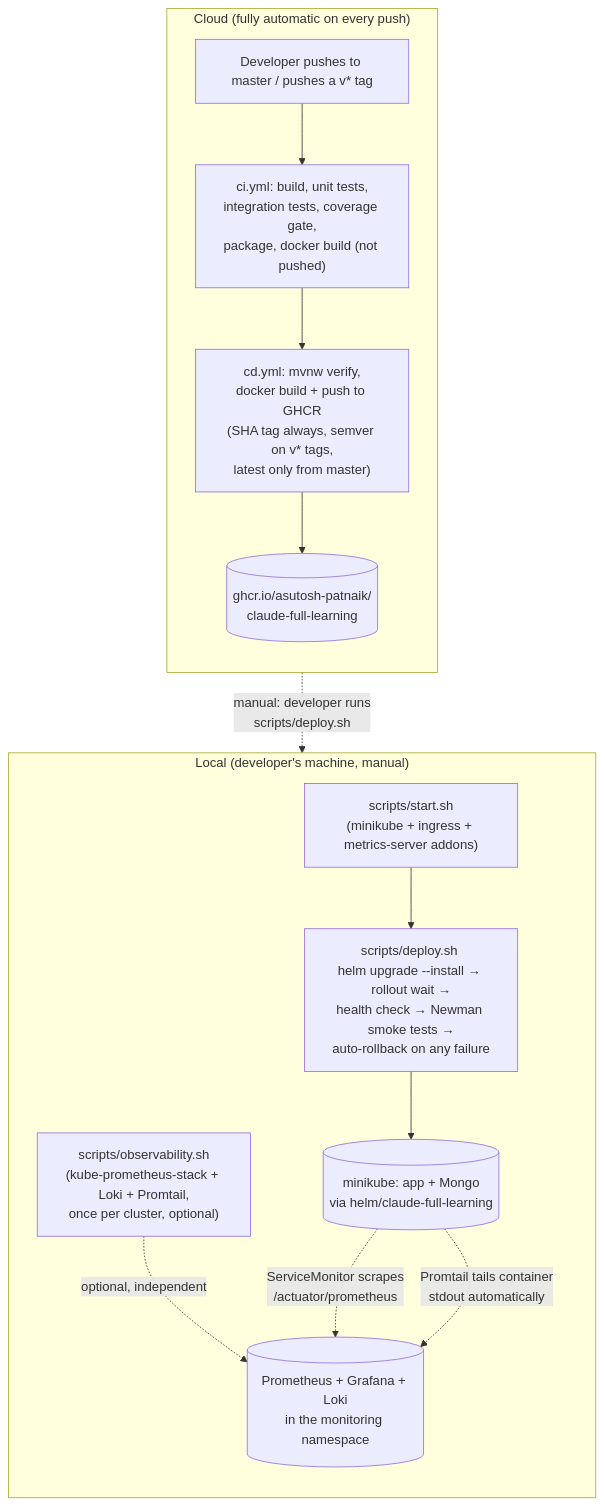
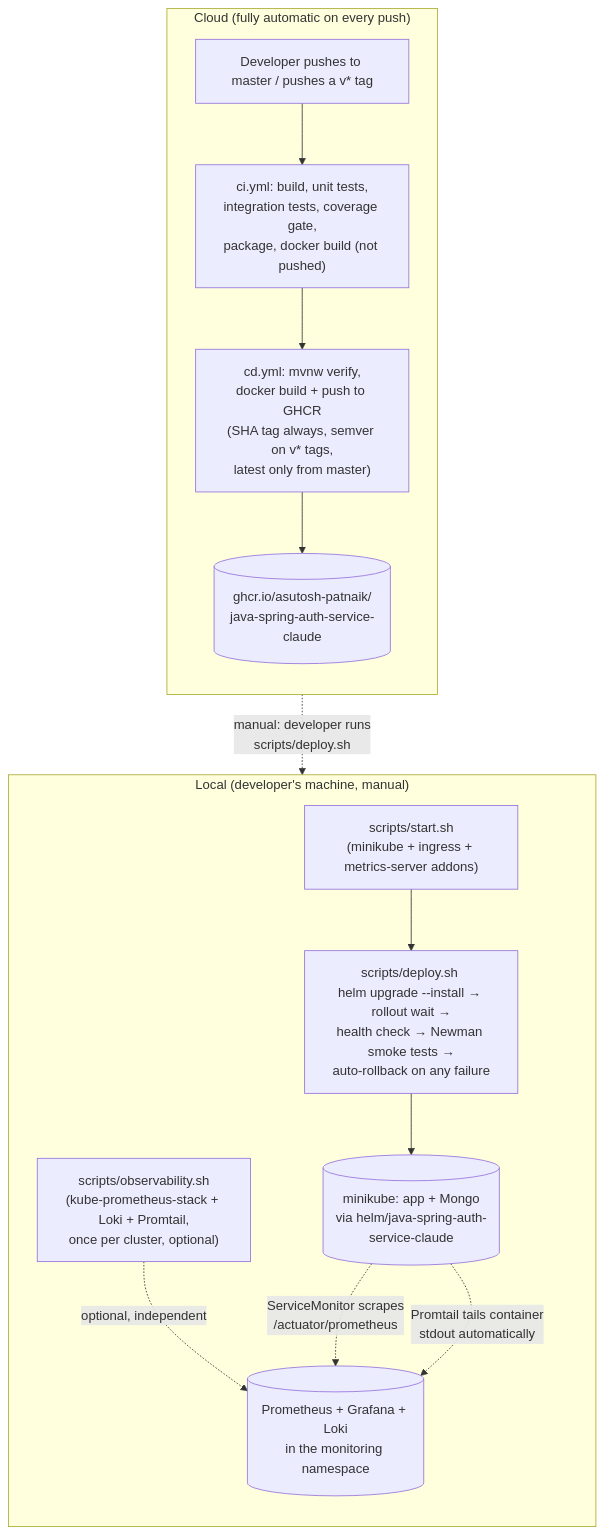
One commit to asutosh-patnaik/claude-full-learning changed the diagram in docs/architecture.md. Above: the diagram before and after it, drawn with Mermaid. The commit also changed other lines of this file and 44 other files, not shown here.

First line of the commit message:
Rename repo to java-spring-auth-service-claude (#5)

````diff
--- a/docs/architecture.md
+++ b/docs/architecture.md
@@ -9,26 +9,26 @@
 ```mermaid
 flowchart TB
     subgraph cloud["Cloud (fully automatic on every push)"]
         direction TB
         A[Developer pushes to master / pushes a v* tag] --> B["ci.yml: build, unit tests,\nintegration tests, coverage gate,\npackage, docker build (not pushed)"]
         B --> C["cd.yml: mvnw verify,\ndocker build + push to GHCR\n(SHA tag always, semver on v* tags,\nlatest only from master)"]
-        C --> D[(ghcr.io/asutosh-patnaik/\nclaude-full-learning)]
+        C --> D[(ghcr.io/asutosh-patnaik/\njava-spring-auth-service-claude)]
     end
 
     D -.->|"manual: developer runs\nscripts/deploy.sh <env>"| E
 
     subgraph local["Local (developer's machine, manual)"]
         direction TB
         E["scripts/start.sh\n(minikube + ingress + metrics-server addons)"]
         F["scripts/observability.sh\n(kube-prometheus-stack + Loki + Promtail,\nonce per cluster, optional)"]
         G["scripts/deploy.sh <dev|test|production>\nhelm upgrade --install → rollout wait →\nhealth check → Newman smoke tests →\nauto-rollback on any failure"]
-        H[(minikube: app + Mongo\nvia helm/claude-full-learning)]
+        H[(minikube: app + Mongo\nvia helm/java-spring-auth-service-claude)]
         I[(Prometheus + Grafana + Loki\nin the monitoring namespace)]
 
         E --> G
         F -.->|optional, independent| I
         G --> H
         H -.->|"ServiceMonitor scrapes\n/actuator/prometheus"| I
         H -.->|"Promtail tails container\nstdout automatically"| I
     end
 ```
````
